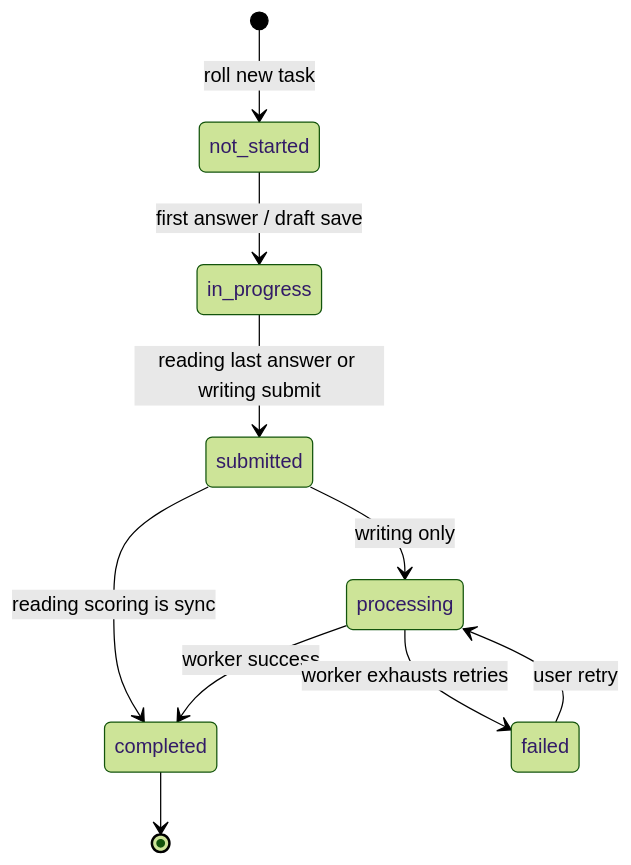
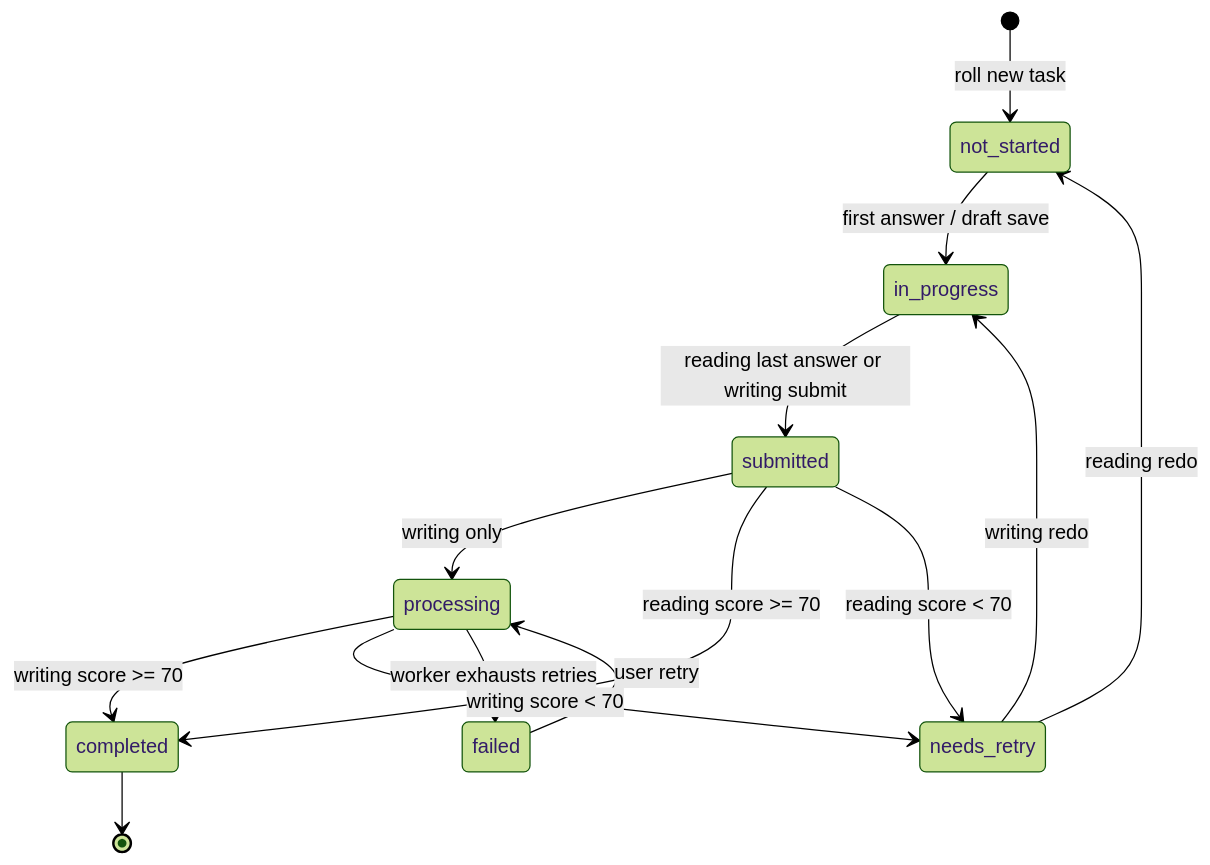
Before and after one commit to reubinoff/StoryTeller: the diagram in client/API_CONTRACT.md, drawn with Mermaid (forest theme). The commit also changed other lines of this file and 33 other files, not shown here.

````diff
--- a/client/API_CONTRACT.md
+++ b/client/API_CONTRACT.md
@@ -455,12 +472,16 @@
 ```mermaid
 stateDiagram-v2
   [*] --> not_started: roll new task
   not_started --> in_progress: first answer / draft save
   in_progress --> submitted: reading last answer or writing submit
   submitted --> processing: writing only
-  submitted --> completed: reading scoring is sync
-  processing --> completed: worker success
+  submitted --> completed: reading score >= 70
+  submitted --> needs_retry: reading score < 70
+  processing --> completed: writing score >= 70
+  processing --> needs_retry: writing score < 70
   processing --> failed: worker exhausts retries
   failed --> processing: user retry
+  needs_retry --> not_started: reading redo
+  needs_retry --> in_progress: writing redo
   completed --> [*]
 ```
````
